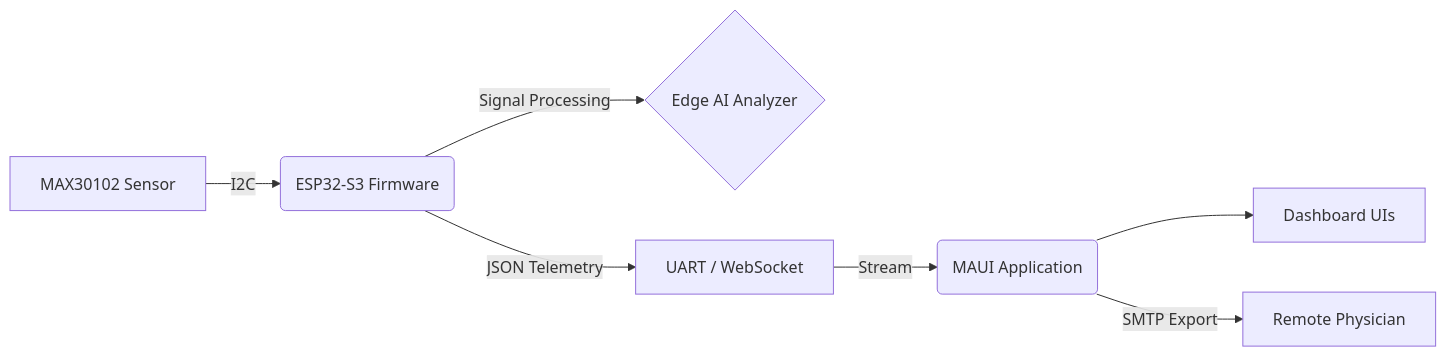
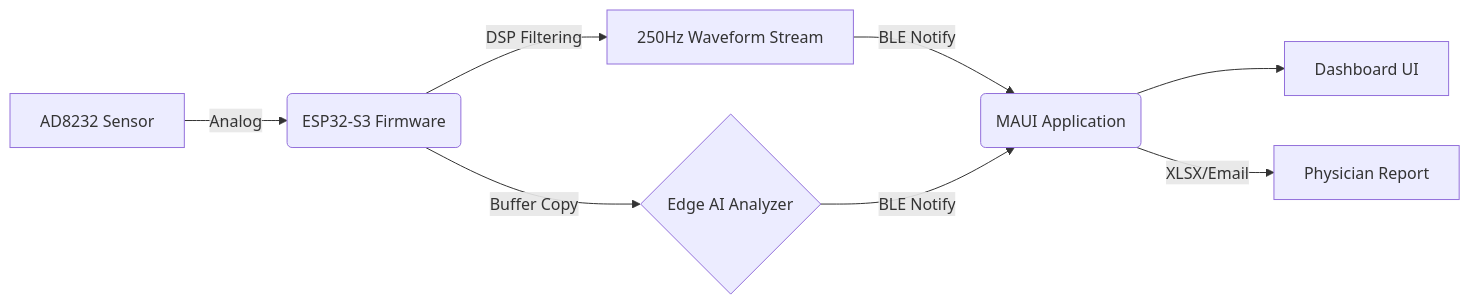
Before and after one commit to Thinhqn0905/MedTECH_MedicalHealth: the first of 2 diagrams in Architecture.md, drawn with Mermaid. The commit also changed other lines of this file and 12 other files, not shown here.

````diff
--- a/Architecture.md
+++ b/Architecture.md
@@ -14,9 +14,10 @@
 ```mermaid
 flowchart LR
-    A[MAX30102 Sensor] -->|I2C| B(ESP32-S3 Firmware)
-    B -->|Signal Processing| C{Edge AI Analyzer}
-    B -->|JSON Telemetry| D[UART / WebSocket]
-    D -->|Stream| E(MAUI Application)
-    E --> F[Dashboard UIs]
-    E -->|SMTP Export| G[Remote Physician]
+    A[AD8232 Sensor] -->|Analog| B(ESP32-S3 Firmware)
+    B -->|DSP Filtering| C[250Hz Waveform Stream]
+    B -->|Buffer Copy| D{Edge AI Analyzer}
+    C -->|BLE Notify| E(MAUI Application)
+    D -->|BLE Notify| E
+    E --> F[Dashboard UI]
+    E -->|XLSX/Email| G[Physician Report]
 ```
````
